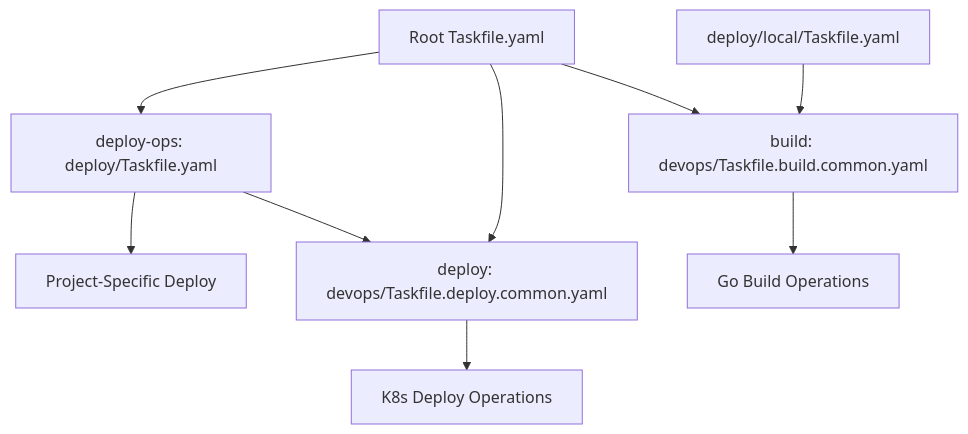
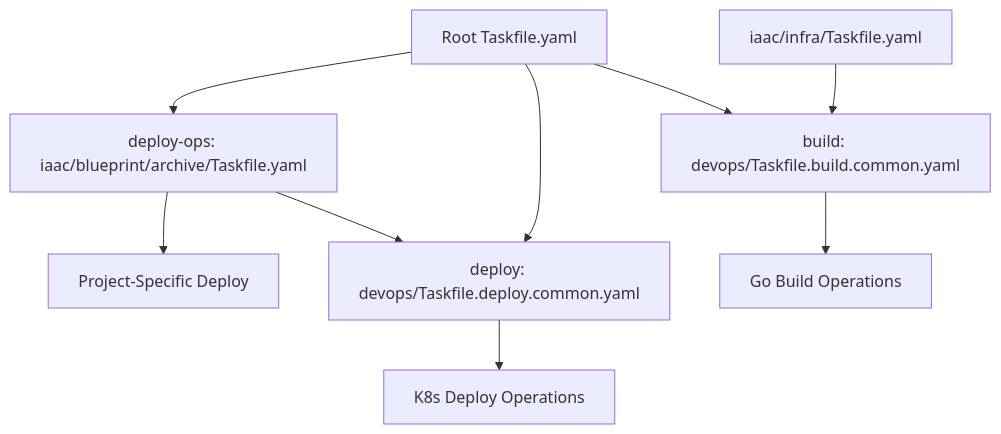
Before and after one commit to raja-aiml/sematic-cache: the diagram in devops/ARCHITECTURE.md, drawn with Mermaid. The commit also changed other lines of this file and 112 other files, not shown here.

First line of the commit message:
refactor: complete deploy to iaac restructure with cleanup

````diff
--- a/devops/ARCHITECTURE.md
+++ b/devops/ARCHITECTURE.md
@@ -62,14 +63,14 @@
 ```mermaid
 graph TD
     A[Root Taskfile.yaml] --> B[build: devops/Taskfile.build.common.yaml]
     A --> C[deploy: devops/Taskfile.deploy.common.yaml]
-    A --> D[deploy-ops: deploy/Taskfile.yaml]
+    A --> D[deploy-ops: iaac/blueprint/archive/Taskfile.yaml]
     
     D --> C
     
-    E[deploy/local/Taskfile.yaml] --> B
+    E[iaac/infra/Taskfile.yaml] --> B
     
     B --> F[Go Build Operations]
     C --> G[K8s Deploy Operations]
     D --> H[Project-Specific Deploy]
 ```
````
